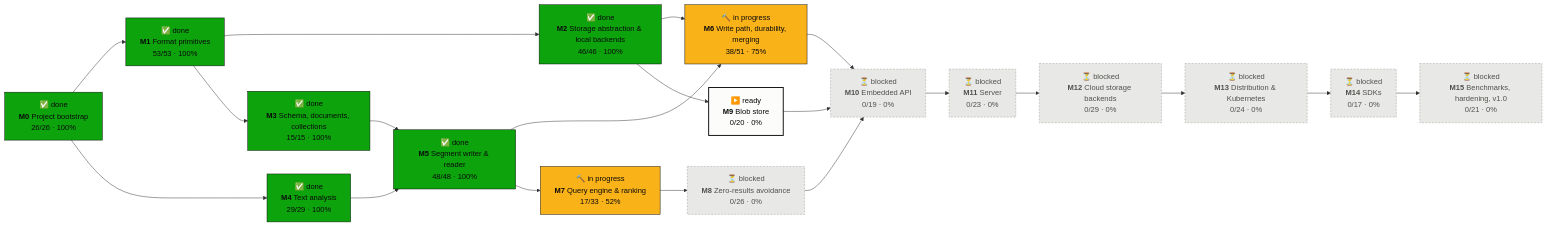
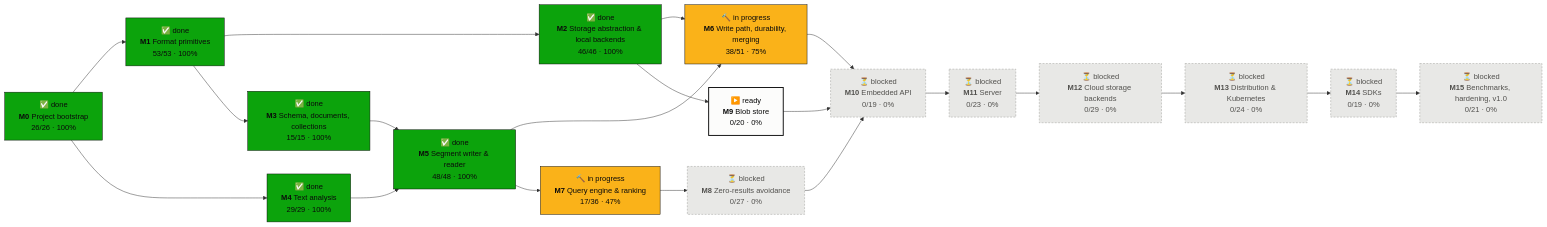
One commit to tomiok/persiaDB changed the first of 2 diagrams in PROGRESS.md. Above: the diagram before and after it, drawn with Mermaid. The commit also changed other lines of this file and 3 other files, not shown here.

First line of the commit message:
docs(roadmap): schedule ranking rules, the TypeScript client, and search gaps (#52)

````diff
--- a/PROGRESS.md
+++ b/PROGRESS.md
@@ -16,42 +16,42 @@
 ```mermaid
 flowchart LR
   M0["✅ done<br/><b>M0</b> Project bootstrap<br/>26/26 · 100%"]:::done
   M1["✅ done<br/><b>M1</b> Format primitives<br/>53/53 · 100%"]:::done
   M2["✅ done<br/><b>M2</b> Storage abstraction & local backends<br/>46/46 · 100%"]:::done
   M3["✅ done<br/><b>M3</b> Schema, documents, collections<br/>15/15 · 100%"]:::done
   M4["✅ done<br/><b>M4</b> Text analysis<br/>29/29 · 100%"]:::done
   M5["✅ done<br/><b>M5</b> Segment writer & reader<br/>48/48 · 100%"]:::done
   M6["🔨 in progress<br/><b>M6</b> Write path, durability, merging<br/>38/51 · 75%"]:::doing
-  M7["🔨 in progress<br/><b>M7</b> Query engine & ranking<br/>17/33 · 52%"]:::doing
-  M8["⏳ blocked<br/><b>M8</b> Zero-results avoidance<br/>0/26 · 0%"]:::blocked
+  M7["🔨 in progress<br/><b>M7</b> Query engine & ranking<br/>17/36 · 47%"]:::doing
+  M8["⏳ blocked<br/><b>M8</b> Zero-results avoidance<br/>0/27 · 0%"]:::blocked
   M9["▶️ ready<br/><b>M9</b> Blob store<br/>0/20 · 0%"]:::ready
   M10["⏳ blocked<br/><b>M10</b> Embedded API<br/>0/19 · 0%"]:::blocked
   M11["⏳ blocked<br/><b>M11</b> Server<br/>0/23 · 0%"]:::blocked
   M12["⏳ blocked<br/><b>M12</b> Cloud storage backends<br/>0/29 · 0%"]:::blocked
   M13["⏳ blocked<br/><b>M13</b> Distribution & Kubernetes<br/>0/24 · 0%"]:::blocked
-  M14["⏳ blocked<br/><b>M14</b> SDKs<br/>0/17 · 0%"]:::blocked
+  M14["⏳ blocked<br/><b>M14</b> SDKs<br/>0/19 · 0%"]:::blocked
   M15["⏳ blocked<br/><b>M15</b> Benchmarks, hardening, v1.0<br/>0/21 · 0%"]:::blocked
   M0 --> M1
   M1 --> M2
   M1 --> M3
   M0 --> M4
   M3 --> M5
   M4 --> M5
   M2 --> M6
   M5 --> M6
   M5 --> M7
   M7 --> M8
   M2 --> M9
   M6 --> M10
   M8 --> M10
   M9 --> M10
   M10 --> M11
   M11 --> M12
   M12 --> M13
   M13 --> M14
   M14 --> M15
   classDef done fill:#0ca30c,stroke:#0b0b0b,color:#0b0b0b
   classDef doing fill:#fab219,stroke:#0b0b0b,color:#0b0b0b
   classDef ready fill:#fcfcfb,stroke:#0b0b0b,stroke-width:2px,color:#0b0b0b
   classDef blocked fill:#e8e8e6,stroke:#9a9a96,stroke-dasharray:4 3,color:#52514e
 ```
````
